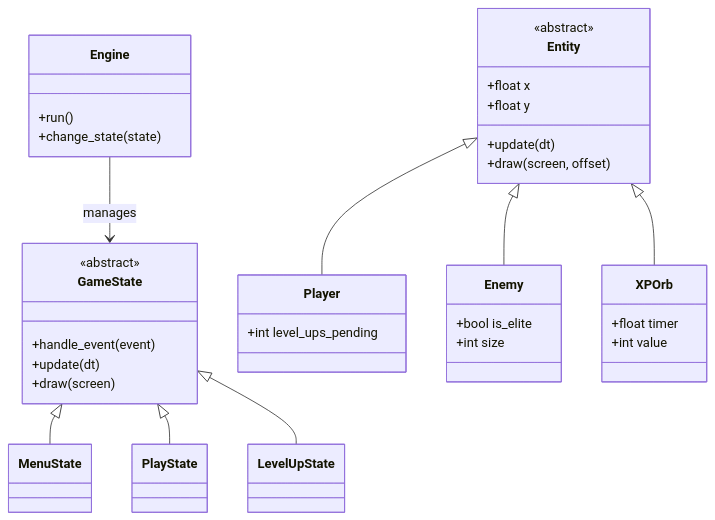
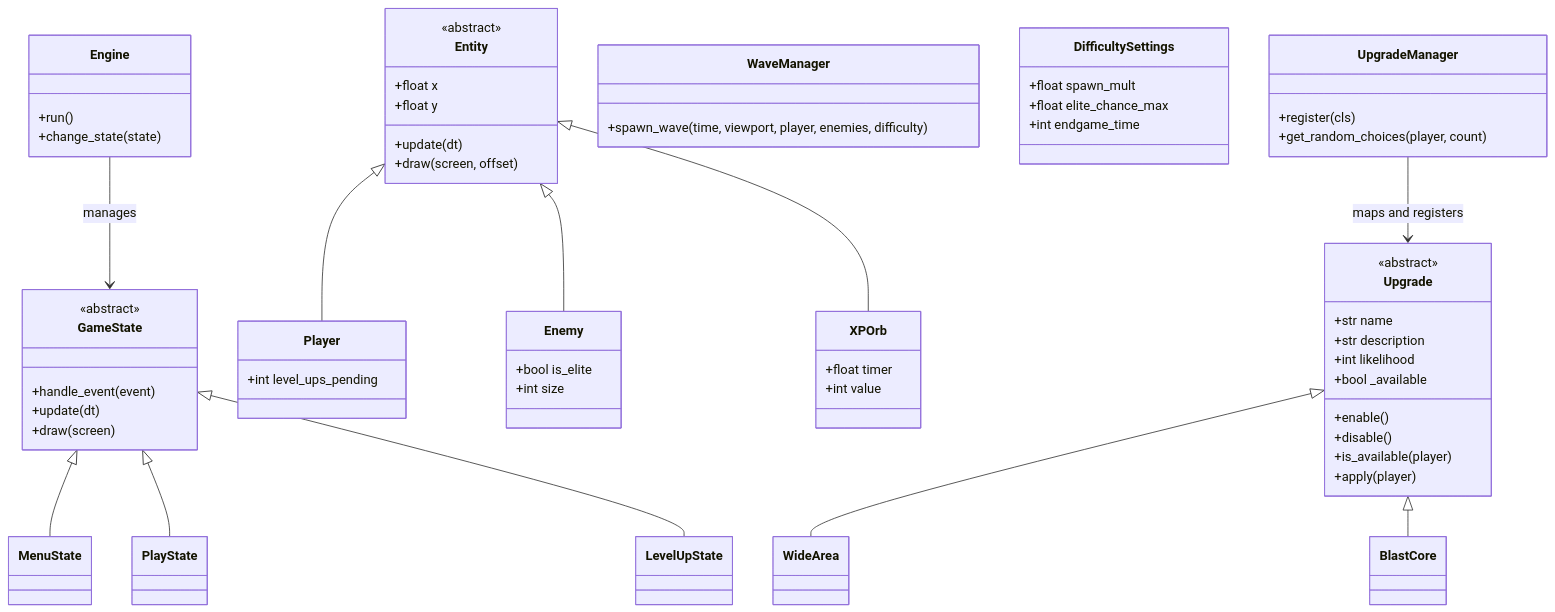
The diagram in README.md (lavariall/square-survivors), drawn with Mermaid before and after one commit.

````diff
--- a/README.md
+++ b/README.md
@@ -21,46 +21,77 @@
 ```mermaid
 classDiagram
     %% Core State Machine
     class Engine {
         +run()
         +change_state(state)
     }
     class GameState {
         <<abstract>>
         +handle_event(event)
         +update(dt)
         +draw(screen)
     }
     class MenuState { }
     class PlayState { }
     class LevelUpState { }
     
     GameState <|-- MenuState
     GameState <|-- PlayState
     GameState <|-- LevelUpState
     Engine --> GameState : manages
     
     %% Entities
     class Entity {
         <<abstract>>
         +float x
         +float y
         +update(dt)
         +draw(screen, offset)
     }
     class Player { 
         +int level_ups_pending
     }
     class Enemy {
         +bool is_elite
         +int size
     }
     class XPOrb { 
         +float timer
         +int value
     }
     
     Entity <|-- Player
     Entity <|-- Enemy
     Entity <|-- XPOrb
+
+    %% Systems
+    class WaveManager {
+        +spawn_wave(time, viewport, player, enemies, difficulty)
+    }
+    class DifficultySettings {
+        +float spawn_mult
+        +float elite_chance_max
+        +int endgame_time
+    }
+    class Upgrade {
+        <<abstract>>
+        +str name
+        +str description
+        +int likelihood
+        +bool _available
+        +enable()
+        +disable()
+        +is_available(player)
+        +apply(player)
+    }
+    class WideArea { }
+    class BlastCore { }
+    class UpgradeManager {
+        +register(cls)
+        +get_random_choices(player, count)
+    }
+    
+    Upgrade <|-- WideArea
+    Upgrade <|-- BlastCore
+    UpgradeManager --> Upgrade : maps and registers
 ```
````
